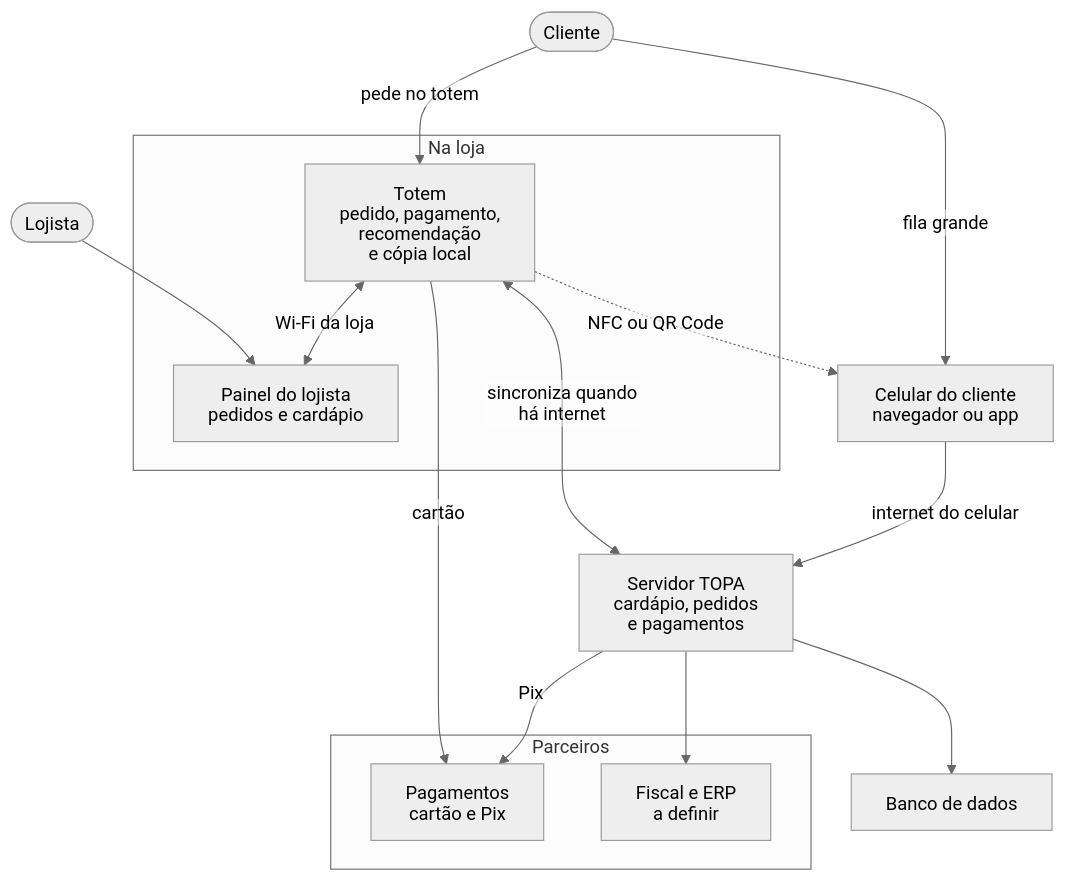
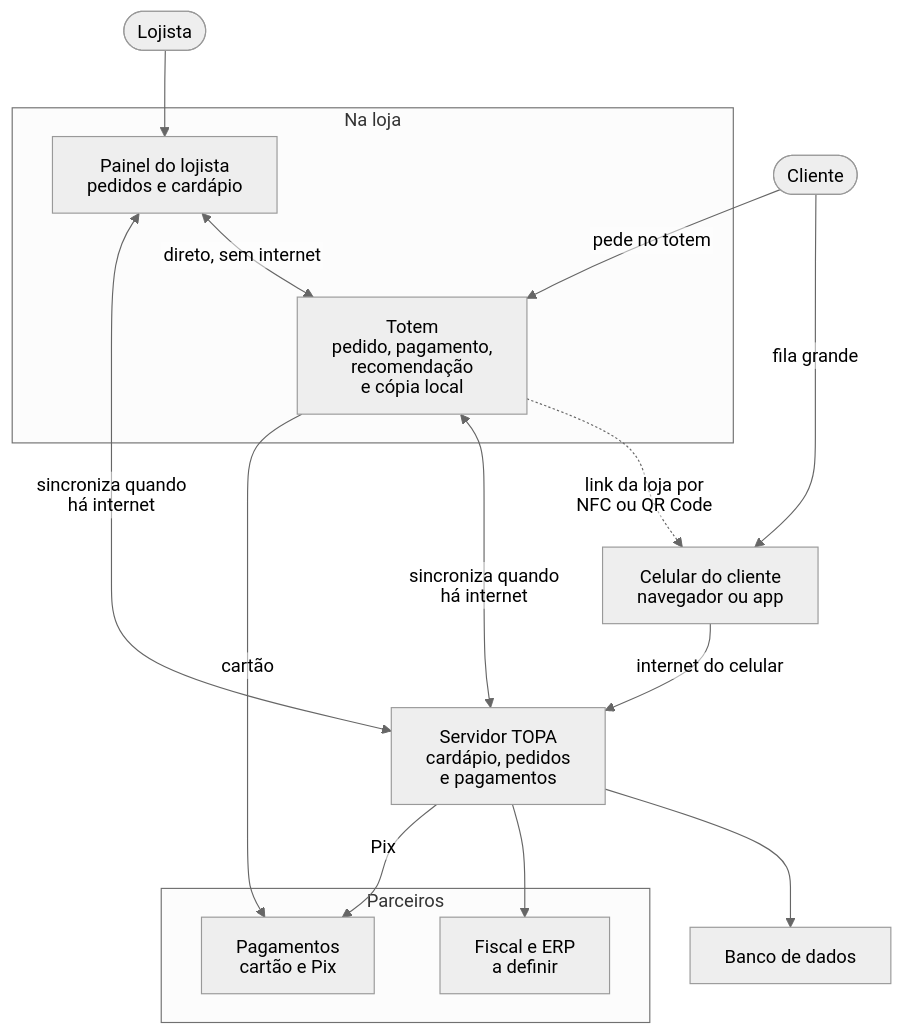
One commit to kaualimadesouza/EI changed the diagram in README.md. Above: the diagram before and after it, drawn with Mermaid (neutral theme). The commit also changed other lines of this file and 2 other files, not shown here.

````diff
--- a/README.md
+++ b/README.md
@@ -66,35 +66,37 @@
 ```mermaid
 %%{init: {"htmlLabels": false, "flowchart": {"htmlLabels": false}}}%%
 flowchart TB
+    %% SVG labels on purpose: GitHub clips the default HTML labels
+    lojista(["Lojista"])
     cliente(["Cliente"])
-    lojista(["Lojista"])
 
     subgraph loja["Na loja"]
+        painel["Painel do lojista<br/>pedidos e cardápio"]
         totem["Totem<br/>pedido, pagamento,<br/>recomendação<br/>e cópia local"]
-        painel["Painel do lojista<br/>pedidos e cardápio"]
     end
 
     celular["Celular do cliente<br/>navegador ou app"]
 
     servidor["Servidor TOPA<br/>cardápio, pedidos<br/>e pagamentos"]
     banco["Banco de dados"]
 
     subgraph parceiros["Parceiros"]
         pagamentos["Pagamentos<br/>cartão e Pix"]
         fiscal["Fiscal e ERP<br/>a definir"]
     end
 
+    lojista --> painel
     cliente -- "pede no totem" --> totem
     cliente -- "fila grande" --> celular
-    totem -. "NFC ou QR Code" .-> celular
-    lojista --> painel
+    totem -. "link da loja por<br/>NFC ou QR Code" .-> celular
 
-    totem <-- "Wi-Fi da loja" --> painel
+    painel <-- "direto, sem internet" --> totem
+    painel <-- "sincroniza quando<br/>há internet" --> servidor
     totem <-- "sincroniza quando<br/>há internet" --> servidor
     celular -- "internet do celular" --> servidor
     servidor --> banco
 
+    servidor --> fiscal
+    servidor -- "Pix" --> pagamentos
     totem -- "cartão" --> pagamentos
-    servidor -- "Pix" --> pagamentos
-    servidor --> fiscal
 ```
````
